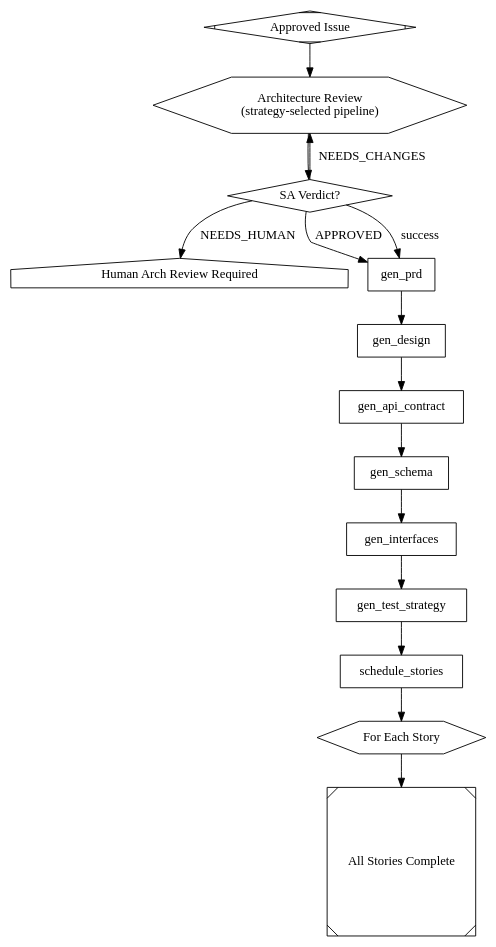
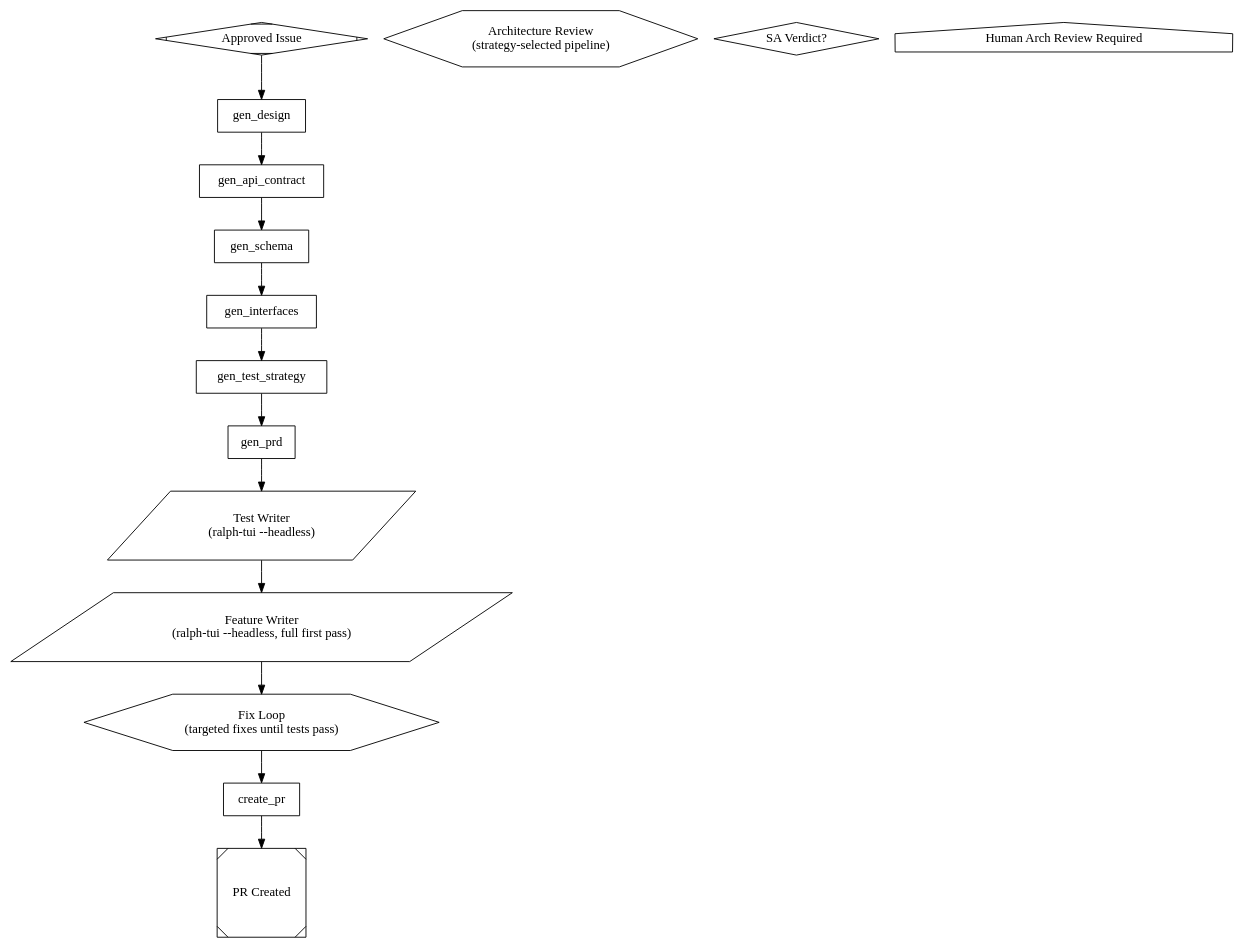
One commit to ardrodus/dark-fac changed the diagram in pipelines/dark_forge.dot. Above: the diagram before and after it, drawn with Graphviz. The commit also changed 39 other files, not shown here.

First line of the commit message:
feat: pipeline rearchitecture — agent permissions, ralph-tui integration, and cross-pipeline parity

```diff
--- a/pipelines/dark_forge.dot
+++ b/pipelines/dark_forge.dot
@@ -1,21 +1,17 @@
 // Dark Forge: TDD Pipeline
 //
 // The build engine of Dark Factory. Takes an approved issue through
-// architecture review, PRD generation, story scheduling, and the
-// Test Writer -> Feature Writer -> Code Reviewer TDD loop.
-// Each story produces a merged PR.
+// spec generation, PRD splitting, and ralph-tui driven TDD execution.
 //
-// The architecture review is a SEPARATE pipeline, selected by deployment
-// strategy. Dark Forge invokes the appropriate one:
-//   arch_review_web.dot     --  6 specialists + SA Lead
-//   arch_review_console.dot --  4 specialists + SA Lead
-//
-// Demonstrates: pipeline invocation, supervisor loops, conditional branching,
-// tool confinement, information gap (test writer and feature writer are isolated).
+// Flow:
+//   1. Spec generation: design → api → schema → interfaces → test strategy
+//   2. gen_prd: separates specs into test + feature, generates PRD JSON for each
+//   3. test_writer: ralph-tui run test PRD (completes first)
+//   4. feature_writer_loop: ralph-tui run feature PRD, loop until tests pass
 
 digraph dark_forge {
     graph [
-        goal="Transform an approved GitHub issue into merged PRs via architecture review + TDD"
+        goal="Transform an approved GitHub issue into merged PRs via spec generation + TDD"
     ]
 
     // --- Entry ---
@@ -23,13 +19,7 @@
 
     // ===========================================
     // Architecture Review (external pipeline)
-    //
-    // Invokes the strategy-specific arch review pipeline.
-    // The pipeline is selected at runtime based on DEPLOY_STRATEGY:
-    //   web     -> arch_review_web.dot     ( 6 stages)
-    //   console -> arch_review_console.dot ( 4 stages)
-    //
-    // Returns: Engineering Brief (APPROVED | NEEDS_CHANGES | NEEDS_HUMAN)
+    // Currently bypassed for dev testing.
     // ===========================================
 
     arch_review [
@@ -44,76 +34,95 @@
     arch_needs_human [shape=house, label="Human Arch Review Required"]
 
     // ===========================================
-    // Specification Generation (US-301 through US-307)
+    // Specification Generation
     //
     // Sequential spec pipeline: each step builds on the previous.
     // All specs saved to .dark-factory/specs/{issue_number}/
     // ===========================================
 
-    // US-301: PRD generation
+    gen_design [
+        shape=box,
+        prompt="You are the Design Agent. Given this GitHub issue and codebase:\n\nIssue:\n$issue\n\nWorkspace: $workspace\n\nGenerate a Technical Design Document covering:\n- Architecture decisions (with rationale)\n- Component changes (new/modified/removed)\n- Data model changes\n- API changes\n- Risks and mitigations\n\nReference existing codebase patterns from the workspace.\nOutput as structured markdown.\nWrite output to .dark-factory/specs/$issue_number/design.md"
+    ]
+
+    gen_api_contract [
+        shape=box,
+        prompt="You are the API Contract Generator.\n\nRead the technical design document at: $gen_design_path\n\nAuto-detect the contract type from the codebase at $workspace:\n- OpenAPI for REST APIs\n- GraphQL schema for GraphQL\n- Protobuf for gRPC\n- CLI spec for command-line tools\n\nGenerate the appropriate contract spec with endpoints, request/response schemas, error codes.\nWrite output to .dark-factory/specs/$issue_number/api-contract.yaml"
+    ]
+
+    gen_schema [
+        shape=box,
+        prompt="You are the Schema Generator.\n\nRead the technical design document at: $gen_design_path\n\nDetect the database type from the codebase at $workspace (PostgreSQL, MySQL, SQLite, MongoDB, etc.).\nGenerate:\n- DDL for new tables/columns\n- Migration scripts for changes\n- Index recommendations\n\nWrite output to .dark-factory/specs/$issue_number/schema.sql"
+    ]
+
+    gen_interfaces [
+        shape=box,
+        prompt="You are the Interface Generator.\n\nRead the technical design document at: $gen_design_path\n\nGenerate language-appropriate typed interface definitions:\n- TypeScript: interfaces/types\n- Python: Protocol classes\n- Go: interfaces\n- Rust: traits\n- Java: interfaces\n\nDetect the language from the codebase at $workspace.\nWrite output to .dark-factory/specs/$issue_number/interfaces/"
+    ]
+
+    gen_test_strategy [
+        shape=box,
+        prompt="You are the Test Strategy Generator.\n\nRead these artifacts:\n- Design: $gen_design_path\n- API Contract: $gen_api_contract_path\n- Schema: $gen_schema_path\n- Interfaces: $gen_interfaces_path\n\nGenerate a test strategy covering:\n- Unit tests: what to test, expected assertions\n- Integration tests: component interactions\n- E2E tests: user-facing flows\n- Fixtures and mocks needed\n- Coverage targets\n- Existing tests that may be affected\n\nWrite output to .dark-factory/specs/$issue_number/test-strategy.md"
+    ]
+
+    // ===========================================
+    // PRD Generation -- Separates into Test + Feature PRDs
+    //
+    // Reads all spec artifacts, separates test vs feature concerns,
+    // then generates ralph-tui PRD JSON for each:
+    //   tasks/test-prd.json    -- test PRD (stories for test writer)
+    //   tasks/feature-prd.json -- feature PRD (stories for feature writer)
+    // ===========================================
+
     gen_prd [
         shape=box,
-        prompt="You are the PRD Generator. Given this GitHub issue: $issue\n\nEngineering Brief (from Architecture Review):\n$engineering_brief\n\nGenerate a Product Requirements Document with:\n- Title, description, scope\n- User stories with id, title, description, acceptance_criteria, priority, depends_on\n- Non-functional requirements\n- Out of scope items\n\nSupport L1/L2/L3 detail levels based on issue complexity.\nOutput as structured JSON (PRDResult format).\nSave to .dark-factory/specs/$issue_number/prd.json"
+        prompt="You are the PRD Generator. Your workspace is: $workspace\n\nGitHub Issue:\n$issue\n\nRead all technical spec artifacts:\n- Design: $gen_design_path\n- API Contract: $gen_api_contract_path\n- Schema: $gen_schema_path\n- Interfaces: $gen_interfaces_path\n- Test Strategy: $gen_test_strategy_path\n\nYou must perform these steps:\n\n## Step 1: Separate test vs feature concerns\n\nCreate TWO spec documents:\n- .dark-factory/specs/$issue_number/test-spec.md -- all test-related content: test strategy, acceptance criteria, test cases, fixtures, mocks, coverage targets, edge cases.\n- .dark-factory/specs/$issue_number/feature-spec.md -- all feature/implementation content: architecture, component changes, API endpoints, database schema, interfaces, implementation steps.\n\nBoth documents must be complete and self-contained.\n\n## Step 2: Generate PRD JSON files\n\nFor EACH spec document (test-spec.md and feature-spec.md):\n1. If the document is larger than 22KB, split it into 22KB chunk files under .dark-factory/specs/$issue_number/chunks/test/ (or chunks/feature/)\n2. For each chunk (or the whole doc if small enough), generate a PRD JSON with user stories, acceptance criteria, and dependencies\n3. Merge all chunk PRDs into a single master PRD JSON\n\nWrite the final PRD files to:\n- .dark-factory/specs/$issue_number/tasks/test-prd.json\n- .dark-factory/specs/$issue_number/tasks/feature-prd.json\n\nEach PRD JSON must follow this structure:\n{\n  \"stories\": [\n    {\n      \"title\": \"story title\",\n      \"description\": \"what to implement\",\n      \"acceptance_criteria\": [\"criterion 1\", \"criterion 2\"],\n      \"dependencies\": []\n    }\n  ]\n}\n\nOutput a summary of what you created (file paths and story counts)."
     ]
 
-    // US-302: Technical design document
-    gen_design [
-        shape=box,
-        prompt="You are the Design Agent. Given this PRD and codebase analysis:\n\nPRD:\n$gen_prd\n\nGenerate a Technical Design Document covering:\n- Architecture decisions (with rationale)\n- Component changes (new/modified/removed)\n- Data model changes\n- API changes\n- Risks and mitigations\n\nReference existing codebase patterns from the workspace.\nOutput as structured markdown.\nSave to .dark-factory/specs/$issue_number/design.md"
+    // ===========================================
+    // Execution: TDD — Tests first, then features, then fix loop
+    //
+    // 1. test_writer: ralph-tui writes all tests from test PRD
+    // 2. feature_writer: ralph-tui implements features from full feature PRD (first pass)
+    // 3. feature_fix_loop: iterates — analyze failures, create targeted fix PRD,
+    //    ralph-tui fixes only what's broken. Exits when all tests pass.
+    // ===========================================
+
+    test_writer [
+        shape=parallelogram,
+        label="Test Writer\n(ralph-tui --headless)",
+        prompt="cd $workspace && ralph-tui run --prd .dark-factory/specs/$issue_number/tasks/test-prd.json --headless"
     ]
 
-    // US-303: API contract
-    gen_api_contract [
-        shape=box,
-        prompt="You are the API Contract Generator. Given the design doc:\n\n$gen_design\n\nAuto-detect the contract type from the codebase:\n- OpenAPI for REST APIs\n- GraphQL schema for GraphQL\n- Protobuf for gRPC\n- CLI spec for command-line tools\n\nGenerate the appropriate contract spec with endpoints, request/response schemas, error codes.\nSave to .dark-factory/specs/$issue_number/api-contract.*"
+    feature_writer [
+        shape=parallelogram,
+        label="Feature Writer\n(ralph-tui --headless, full first pass)",
+        prompt="cd $workspace && ralph-tui run --prd .dark-factory/specs/$issue_number/tasks/feature-prd.json --headless"
     ]
 
-    // US-304: Database schema
-    gen_schema [
-        shape=box,
-        prompt="You are the Schema Generator. Given the design doc:\n\n$gen_design\n\nDetect the database type from the codebase (PostgreSQL, MySQL, SQLite, MongoDB, etc.).\nGenerate:\n- DDL for new tables/columns\n- Migration scripts for changes\n- Index recommendations\n\nSave to .dark-factory/specs/$issue_number/schema.sql"
+    feature_fix_loop [
+        shape=hexagon,
+        label="Fix Loop\n(targeted fixes until tests pass)",
+        child_graph="dark_factory/pipelines/feature_tdd.dot",
+        max_iterations=10,
+        success_condition="status=completed"
     ]
 
-    // US-305: Interface definitions
-    gen_interfaces [
+    // --- PR Creation ---
+    create_pr [
         shape=box,
-        prompt="You are the Interface Generator. Given the design doc:\n\n$gen_design\n\nGenerate language-appropriate typed interface definitions:\n- TypeScript: interfaces/types\n- Python: Protocol classes\n- Go: interfaces\n- Rust: traits\n- Java: interfaces\n\nDetect the language from the codebase.\nSave to .dark-factory/specs/$issue_number/interfaces/"
+        prompt="You are the PR creation agent.\n\nWorkspace: $workspace\nIssue: $issue\n\nAll tests pass. Create a pull request for the changes.\n\n1. Review the git diff to understand what was changed\n2. Create a clear, descriptive commit message referencing issue #$issue_number\n3. Push to a feature branch: feature/$issue_number\n4. Create a PR with:\n   - Title referencing the issue\n   - Summary of changes (design decisions, files modified, test coverage)\n   - Link to the original issue\n   - Label: dark-forge\n\nRun in $workspace:\n  git checkout -b feature/$issue_number\n  git add -A && git commit -m 'feat: <description> (#$issue_number)'\n  git push -u origin feature/$issue_number\n  gh pr create --title '<description> (#$issue_number)' --label dark-forge\n\nOutput the PR URL."
     ]
 
-    // US-306: Test strategy
-    gen_test_strategy [
-        shape=box,
-        prompt="You are the Test Strategy Generator. Given:\n\nPRD:\n$gen_prd\n\nDesign:\n$gen_design\n\nGenerate a test strategy covering:\n- Unit tests: what to test, expected assertions\n- Integration tests: component interactions\n- E2E tests: user-facing flows\n- Fixtures and mocks needed\n- Coverage targets\n- Existing tests that may be affected\n\nSave to .dark-factory/specs/$issue_number/test-strategy.md"
-    ]
-
-    // US-307: Story scheduling (parse PRD into ordered stories -> GitHub Issues)
-    schedule_stories [
-        shape=box,
-        prompt="Parse the PRD into ordered user stories ready for implementation.\n\nPRD:\n$gen_prd\n\nFor each story:\n- Validate required fields (id, title, description, acceptance_criteria)\n- Warn if acceptance criteria > 10 items (suggest split)\n- Order by dependency chain\n\nOutput as JSON array with fields: id, title, description, acceptance_criteria, depends_on.\nCreate GitHub Issues with factory labels (queued, priority) if configured."
-    ]
-
-    // --- Per-Story TDD Loop (manager runs child pipeline per story) ---
-    story_loop [
-        shape=hexagon,
-        label="For Each Story",
-        child_graph="dark_factory/pipelines/story_tdd.dot",
-        max_iterations=5
-    ]
-
-    done [shape=Msquare, label="All Stories Complete"]
+    done [shape=Msquare, label="PR Created"]
 
     // --- Flow ---
-    start -> arch_review -> arch_verdict
+    // NOTE: arch review bypassed for dev testing
+    start -> gen_design
 
-    // Architecture review verdict routing
-    arch_verdict -> gen_prd [label="APPROVED"]
-    arch_verdict -> gen_prd [label="success"]
-    arch_verdict -> arch_needs_human [label="NEEDS_HUMAN"]
-    arch_verdict -> arch_review [label="NEEDS_CHANGES"]
+    // Spec generation
+    gen_design -> gen_api_contract -> gen_schema -> gen_interfaces -> gen_test_strategy -> gen_prd
 
-    // Spec generation pipeline (US-301 -> US-307)
-    gen_prd -> gen_design -> gen_api_contract -> gen_schema -> gen_interfaces -> gen_test_strategy -> schedule_stories
-
-    // Stories -> TDD manager loop
-    schedule_stories -> story_loop -> done
+    // Execute: tests first, full feature pass, targeted fix loop, then PR
+    gen_prd -> test_writer -> feature_writer -> feature_fix_loop -> create_pr -> done
 }
```
